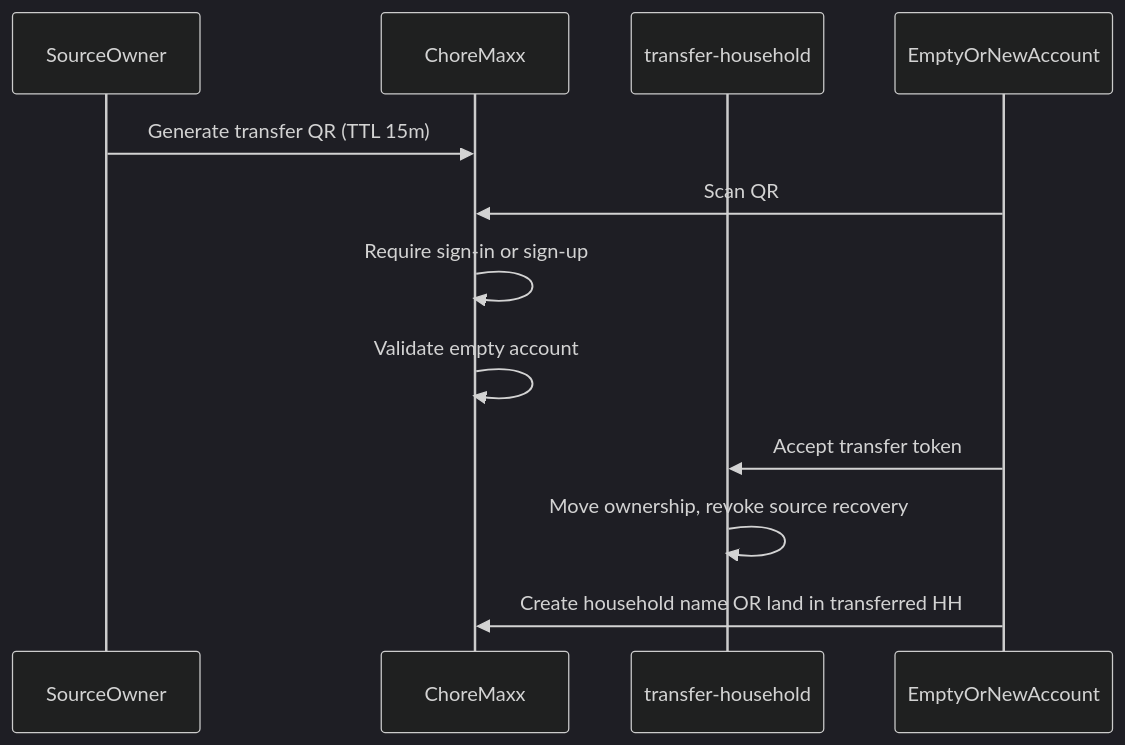
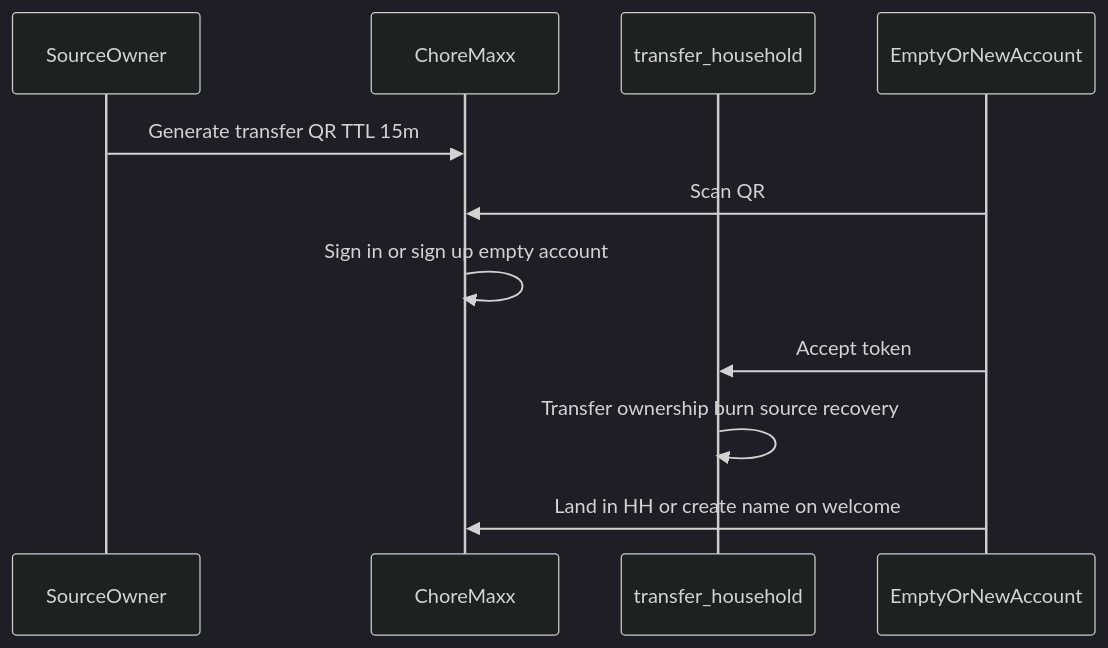
Before and after one commit to Djoek47/Orbit: the second of 2 diagrams in docs/choremaxx-support-recovery-email-plan.md, drawn with Mermaid (dark theme). The commit also changed other lines of this file, not shown here.

````diff
--- a/docs/choremaxx-support-recovery-email-plan.md
+++ b/docs/choremaxx-support-recovery-email-plan.md
@@ -116,15 +121,14 @@
 ```mermaid
 sequenceDiagram
   participant Owner as SourceOwner
   participant App as ChoreMaxx
-  participant Edge as transfer-household
+  participant Edge as transfer_household
   participant NewUser as EmptyOrNewAccount
 
-  Owner->>App: Generate transfer QR (TTL 15m)
+  Owner->>App: Generate transfer QR TTL 15m
   NewUser->>App: Scan QR
-  App->>App: Require sign-in or sign-up
-  App->>App: Validate empty account
-  NewUser->>Edge: Accept transfer token
-  Edge->>Edge: Move ownership, revoke source recovery
-  NewUser->>App: Create household name OR land in transferred HH
+  App->>App: Sign in or sign up empty account
+  NewUser->>Edge: Accept token
+  Edge->>Edge: Transfer ownership burn source recovery
+  NewUser->>App: Land in HH or create name on welcome
 ```
````
